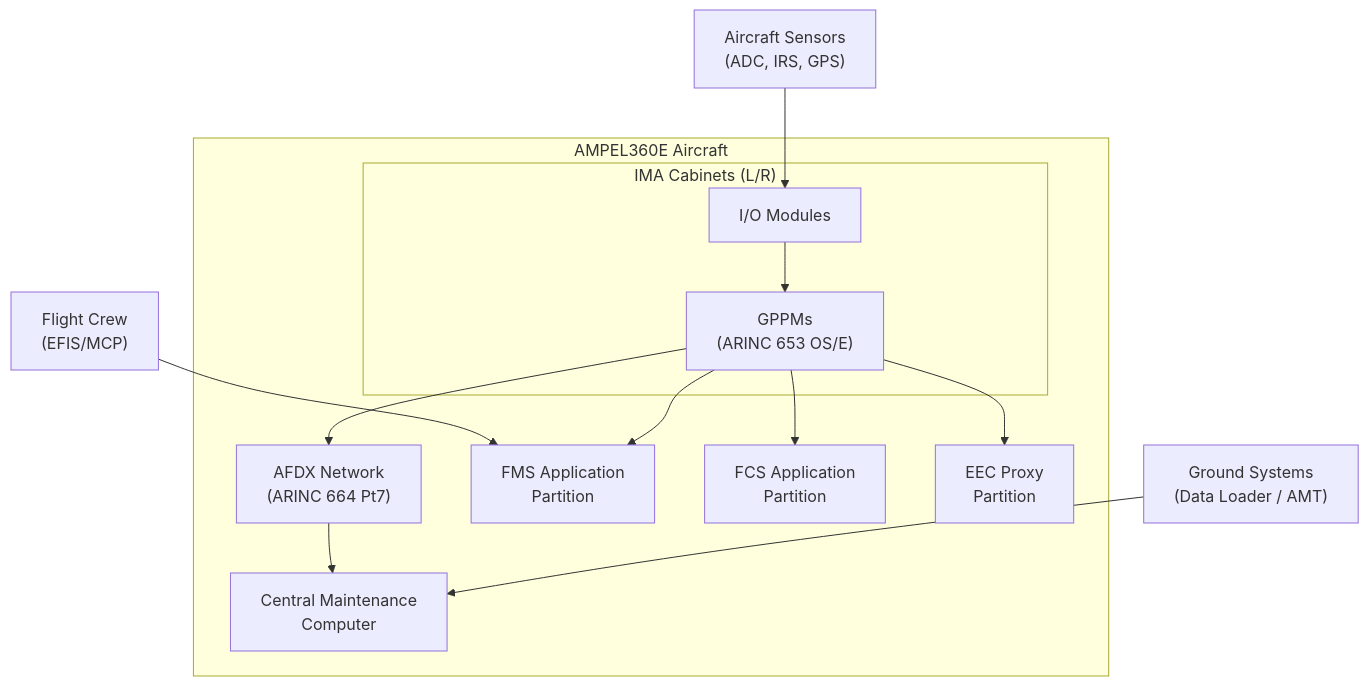
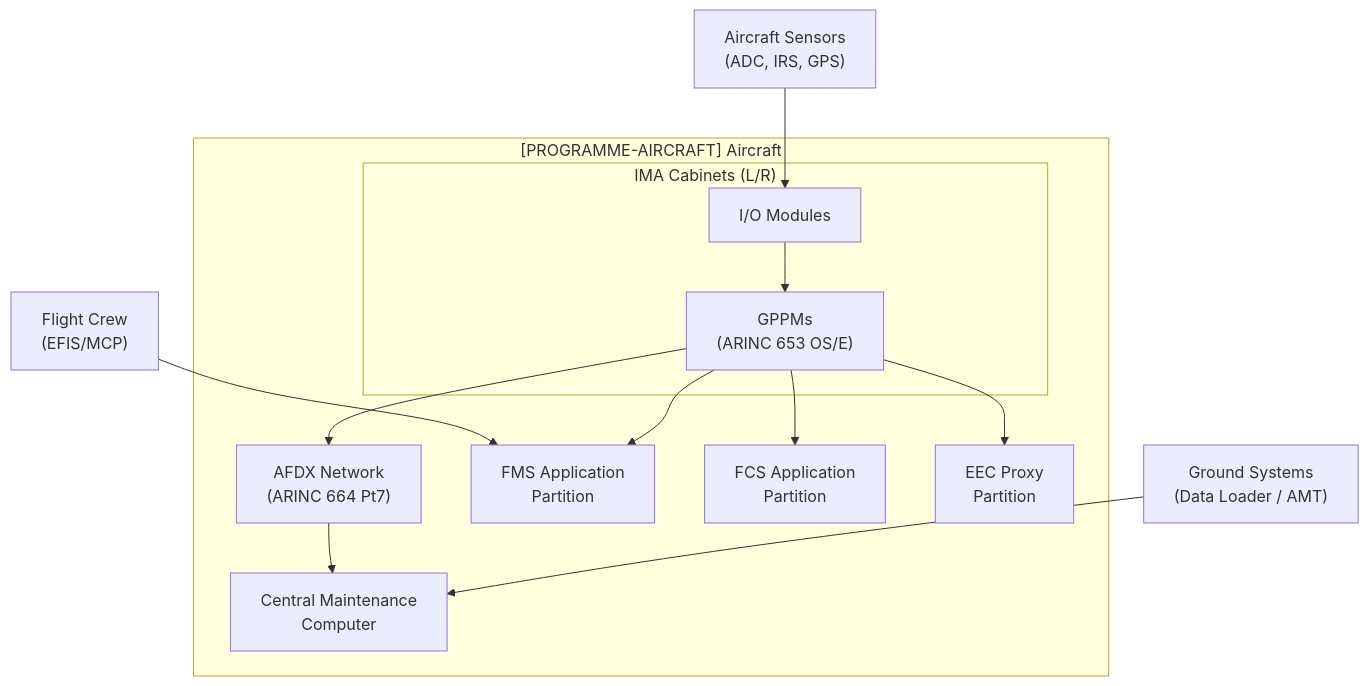
One commit to AmedeoPelliccia/Qplus-For-All-Queer-People-and-Quantum changed the first of 3 diagrams in Q+ATLANTIDE/000-099_ATLAS/040-049_Avionica-Informacion-y-APU/040_Multisystem/040-010-Integrated-Modular-Avionics-IMA.md. Above: the diagram before and after it, drawn with Mermaid. The commit also changed other lines of this file and 676 other files, not shown here.

First line of the commit message:
feat: de-programmatize all ATLAS standard files — remove AMPEL360E/eWTW programme content

````diff
--- a/Q+ATLANTIDE/000-099_ATLAS/040-049_Avionica-Informacion-y-APU/040_Multisystem/040-010-Integrated-Modular-Avionics-IMA.md
+++ b/Q+ATLANTIDE/000-099_ATLAS/040-049_Avionica-Informacion-y-APU/040_Multisystem/040-010-Integrated-Modular-Avionics-IMA.md
@@ -142,23 +144,23 @@
 ```mermaid
 graph TB
-    subgraph Aircraft["AMPEL360E Aircraft"]
+    subgraph Aircraft["[PROGRAMME-AIRCRAFT] Aircraft"]
         subgraph IMA_CAB["IMA Cabinets (L/R)"]
             GPPM["GPPMs\n(ARINC 653 OS/E)"]
             IOM["I/O Modules"]
         end
         AFDX["AFDX Network\n(ARINC 664 Pt7)"]
         FMS["FMS Application\nPartition"]
         FCS["FCS Application\nPartition"]
         EEC["EEC Proxy\nPartition"]
         CMC["Central Maintenance\nComputer"]
     end
     Pilot["Flight Crew\n(EFIS/MCP)"]
     GND["Ground Systems\n(Data Loader / AMT)"]
     Sensor["Aircraft Sensors\n(ADC, IRS, GPS)"]
 
     Pilot --> FMS
     Sensor --> IOM --> GPPM
     GPPM --> AFDX --> CMC
     GPPM --> FMS & FCS & EEC
     GND --> CMC
 ```
````
